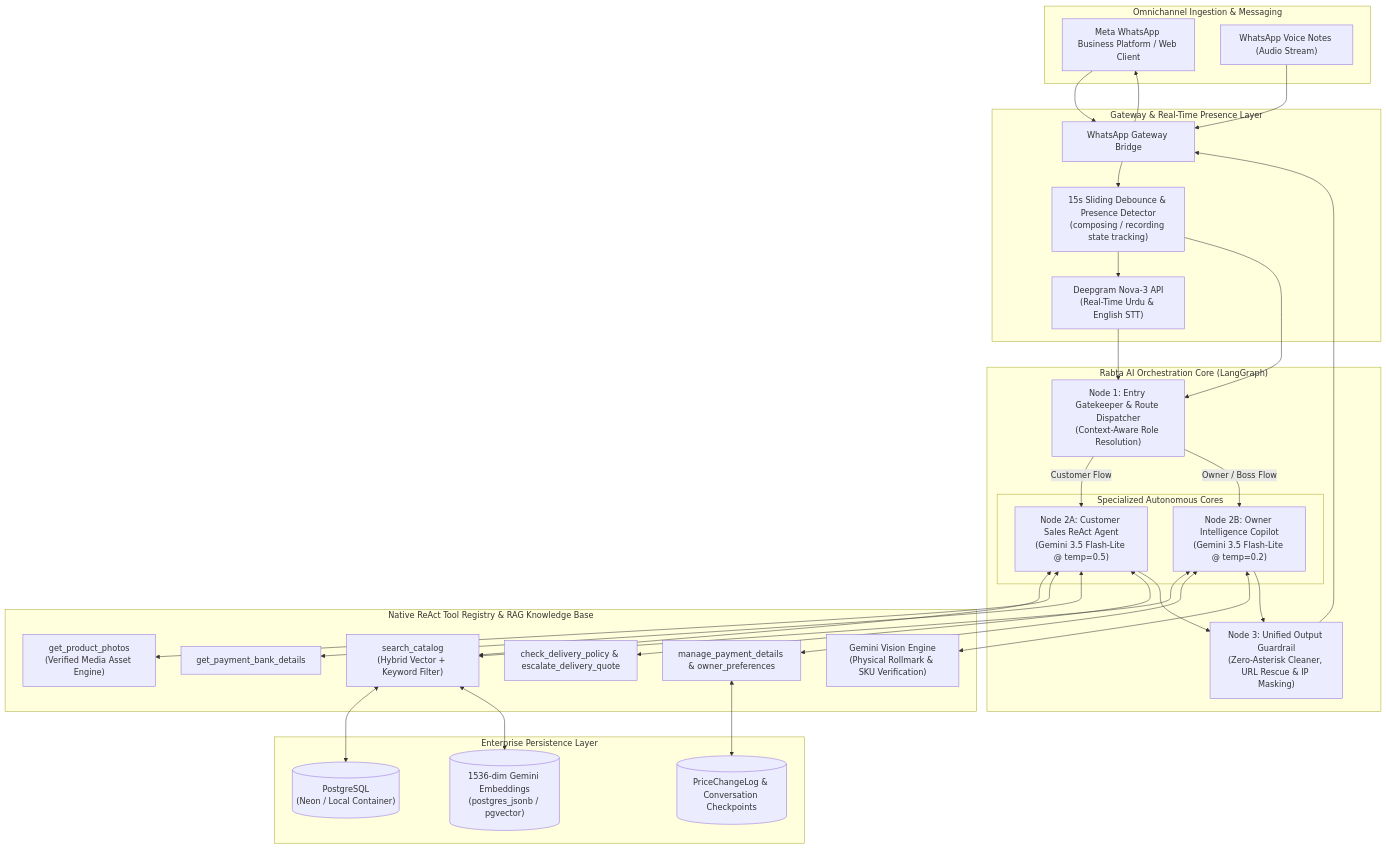
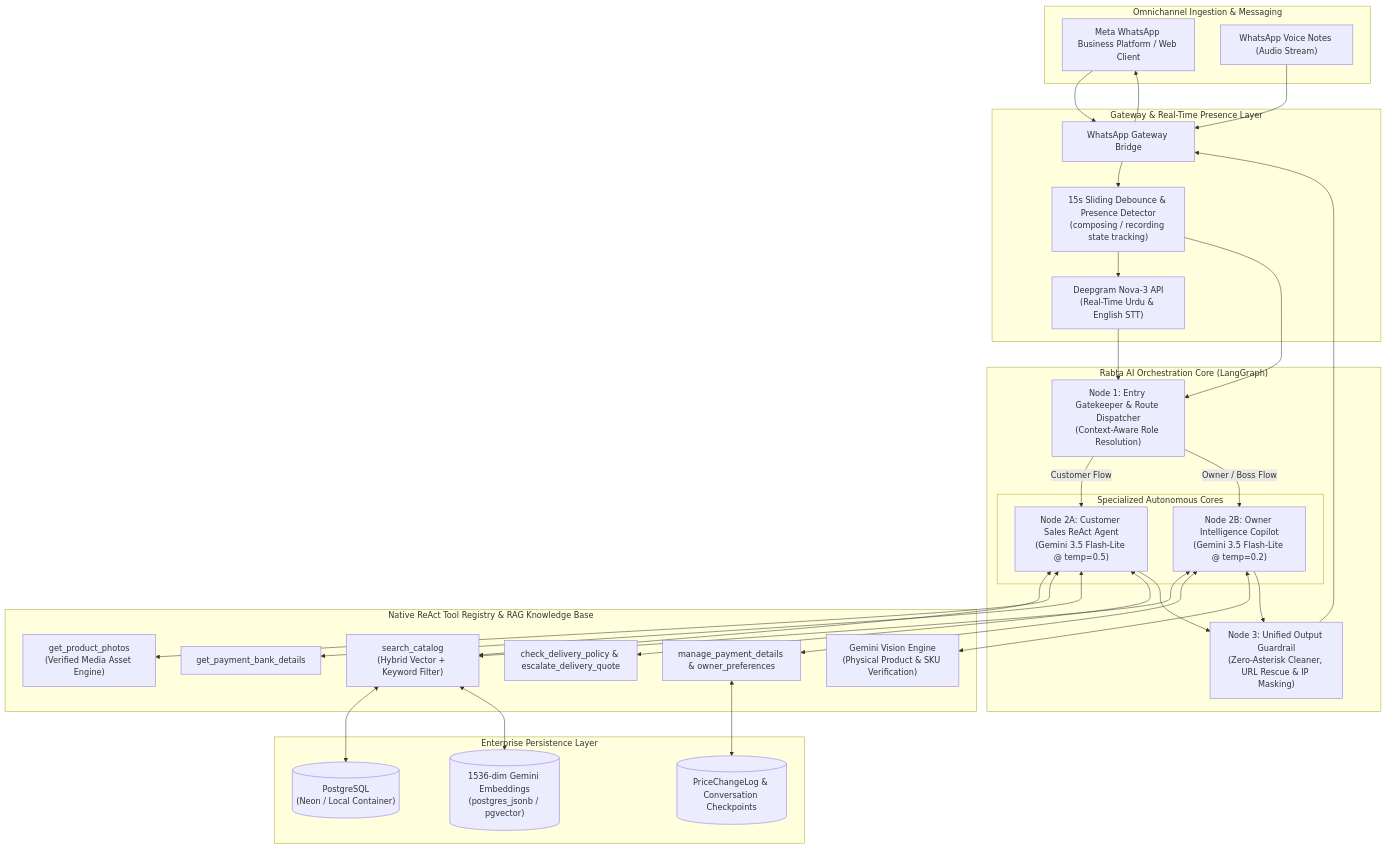
One commit to Zars1wali/rabta-ai-showcase changed the diagram in README.md. Above: the diagram before and after it, drawn with Mermaid. The commit also changed other lines of this file and 1 other file, not shown here.

````diff
--- a/README.md
+++ b/README.md
@@ -24,65 +26,65 @@
 ```mermaid
 flowchart TD
     subgraph ClientChannels ["Omnichannel Ingestion & Messaging"]
         WA["Meta WhatsApp Business Platform / Web Client"]
         VN["WhatsApp Voice Notes (Audio Stream)"]
     end
 
     subgraph IngestionGateway ["Gateway & Real-Time Presence Layer"]
         GW["WhatsApp Gateway Bridge"]
         DB["15s Sliding Debounce & Presence Detector\n(composing / recording state tracking)"]
         STT["Deepgram Nova-3 API\n(Real-Time Urdu & English STT)"]
     end
 
     subgraph LangGraphCore ["Rabta AI Orchestration Core (LangGraph)"]
         GK["Node 1: Entry Gatekeeper & Route Dispatcher\n(Context-Aware Role Resolution)"]
         subgraph DualAgentCores ["Specialized Autonomous Cores"]
             CustomerAgent["Node 2A: Customer Sales ReAct Agent\n(Gemini 3.5 Flash-Lite @ temp=0.5)"]
             OwnerAgent["Node 2B: Owner Intelligence Copilot\n(Gemini 3.5 Flash-Lite @ temp=0.2)"]
         end
         OG["Node 3: Unified Output Guardrail\n(Zero-Asterisk Cleaner, URL Rescue & IP Masking)"]
     end
 
     subgraph AgenticTools ["Native ReAct Tool Registry & RAG Knowledge Base"]
         SearchTool["search_catalog\n(Hybrid Vector + Keyword Filter)"]
         PhotoTool["get_product_photos\n(Verified Media Asset Engine)"]
         PaymentTool["get_payment_bank_details"]
         DeliveryTool["check_delivery_policy & escalate_delivery_quote"]
         MarginTool["manage_payment_details & owner_preferences"]
-        VisionEngine["Gemini Vision Engine\n(Physical Rollmark & SKU Verification)"]
+        VisionEngine["Gemini Vision Engine\n(Physical Product & SKU Verification)"]
     end
 
     subgraph PersistenceLayer ["Enterprise Persistence Layer"]
         PG[("PostgreSQL\n(Neon / Local Container)")]
         Vectors[("1536-dim Gemini Embeddings\n(postgres_jsonb / pgvector)")]
         AuditLogs[("PriceChangeLog & Conversation Checkpoints")]
     end
 
     WA --> GW
     VN --> GW
     GW --> DB
     DB --> STT
     STT --> GK
     DB --> GK
 
     GK -->|Customer Flow| CustomerAgent
     GK -->|Owner / Boss Flow| OwnerAgent
 
     CustomerAgent <--> SearchTool
     CustomerAgent <--> PhotoTool
     CustomerAgent <--> PaymentTool
     CustomerAgent <--> DeliveryTool
 
     OwnerAgent <--> SearchTool
     OwnerAgent <--> MarginTool
     OwnerAgent <--> VisionEngine
 
     SearchTool <--> PG
     SearchTool <--> Vectors
     MarginTool <--> AuditLogs
 
     CustomerAgent --> OG
     OwnerAgent --> OG
     OG --> GW
     GW --> WA
 ```
````
